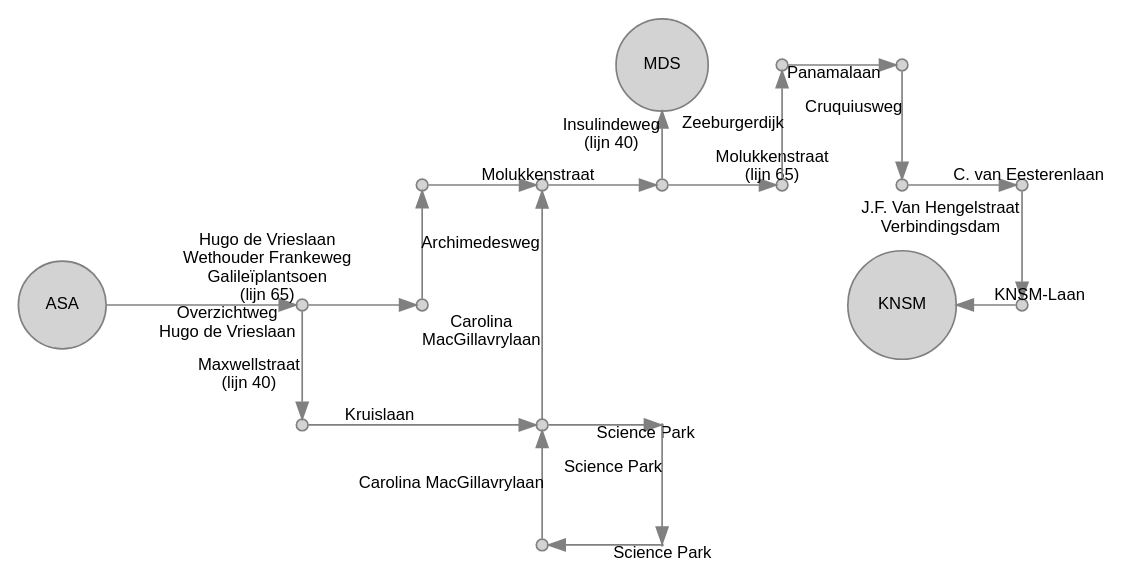
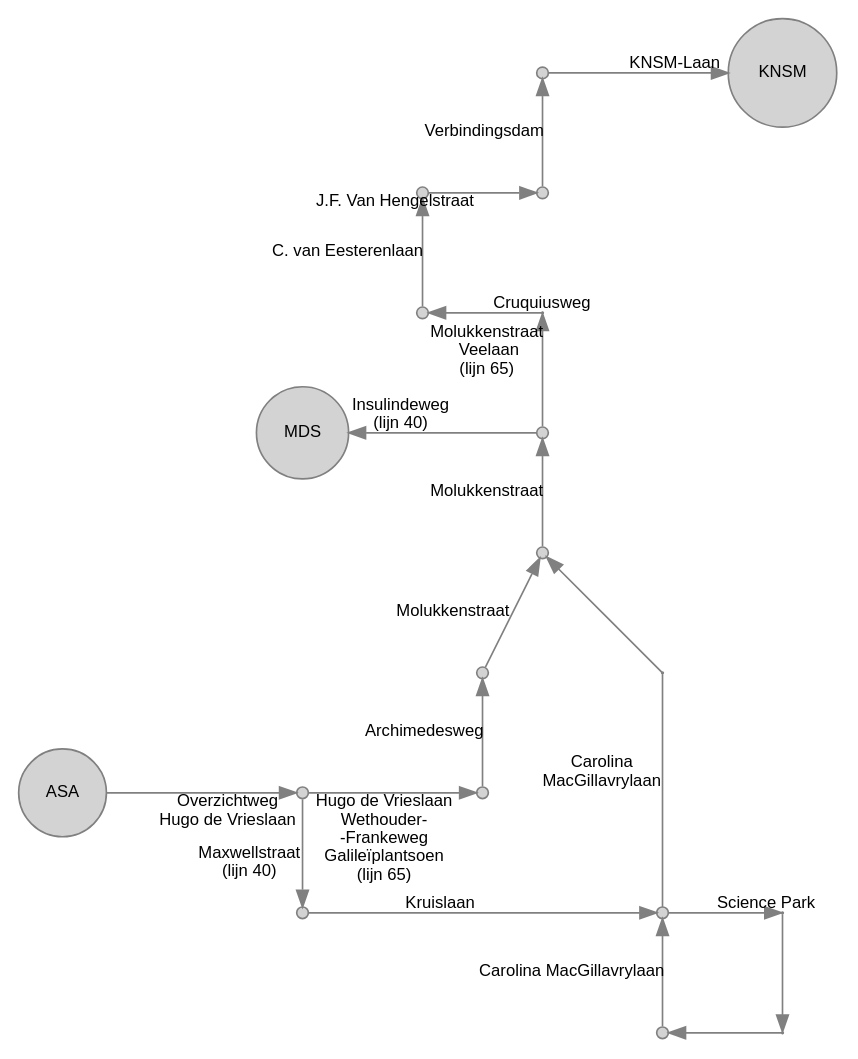
Before and after one commit to JacekPardyak/bus: the diagram in gvb/ASA.gv, drawn with Graphviz. The commit also changed 37 other files, not shown here.

```diff
--- a/gvb/ASA.gv
+++ b/gvb/ASA.gv
@@ -1,58 +1,58 @@
 digraph G {
   layout = neato
   node [shape = circle, style = filled, fillcolor = lightgray, color=gray, height=0.1, label = "", fontsize = 10, fontname = "Arial"]
   edge [color=gray, fontsize = 10, fontname = "Arial"]
 
   4000 [pos = "0, 0!", label = "ASA"]
+  4001 [pos = "5, 1!", height=0.01]
   4002 [pos = "2, 0!"]
   4003 [pos = "2,-1!"]
-  4004 [pos = "4,-1!"]
-  4005 [pos = "5,-1!", height=0.01]
-  4006 [pos = "5,-2!", height=0.01]
-  4007 [pos = "4,-2!"]
-  4008 [pos = "5, 2!", label = "MDS"]
+  4004 [pos = " 5,-1!"]
+  4005 [pos = " 6,-1!", height=0.01]
+  4006 [pos = " 6,-2!", height=0.01]
+  4007 [pos = " 5,-2!"]
+  4008 [pos = "2, 3!", label = "MDS"]
   
-  6500 [pos = "3, 0!"]
-  6501 [pos = "3, 1!"]
-  6502 [pos = "4, 1!"]
-  6503 [pos = "5, 1!"]
-  6504 [pos = "6, 1!"]
-  6505 [pos = "6, 2!"]
-  6506 [pos = "7, 2!"]
-  6507 [pos = "7, 1!"]
-  6508 [pos = "8, 1!"]
-  6509 [pos = "8, 0!"]
-  6510 [pos = "7, 0!", label = "KNSM"]
+  6500 [pos = "3.5, 0!"]
+  6501 [pos = "3.5, 1!"]
+  6502 [pos = "4, 2!"]
+  6503 [pos = "4, 3!"]
+  6505 [pos = "4, 4!", height=0.01]
+  6506 [pos = "4, 6!"]
+  6507 [pos = "3, 4!"]
+  6508 [pos = "3, 5!"]
+  6509 [pos = "4, 5!"]
+  6510 [pos = "6, 6!", label = "KNSM"]
 
   4000 -> 4002 [label = "Overzichtweg 
  Hugo de Vrieslaan"]
   4002 -> 6500 [label = "Hugo de Vrieslaan 
- Wethouder Frankeweg 
+ Wethouder-
+ -Frankeweg 
  Galileïplantsoen 
  (lijn 65)"]
   
   4002 -> 4003 [label = "Maxwellstraat 
  (lijn 40)"]
   4003 -> 4004 [label = "Kruislaan"]
   4004 -> 4005 [label = "Science Park"]
-  4005 -> 4006 [label = "Science Park"]
-  4006 -> 4007 [label = "Science Park"]
+  4005 -> 4006 [label = ""]
+  4006 -> 4007 [label = ""]
   4007 -> 4004 [label = "Carolina MacGillavrylaan"]
-  4004 -> 6502 [label = "Carolina 
- MacGillavrylaan"]
-  
+  4004 -> 4001 [label = "Carolina 
+ MacGillavrylaan", dir = none]
+  4001 -> 6502 [label = ""]
   6500 -> 6501 [label = "Archimedesweg"]
-  6501 -> 6502 [label = ""]
+  6501 -> 6502 [label = "Molukkenstraat"]
   6502 -> 6503 [label = "Molukkenstraat"]
-  6503 -> 6504 [label = "Molukkenstraat 
+  6503 -> 6505 [label = "Molukkenstraat
+  Veelaan
  (lijn 65)"]
-  6504 -> 6505 [label = "Zeeburgerdijk"]
-  6505 -> 6506 [label = "Panamalaan"]
-  6506 -> 6507 [label = "Cruquiusweg"]
+  6505 -> 6507 [label = "Cruquiusweg"]
   6507 -> 6508 [label = "C. van Eesterenlaan"]
-  6508 -> 6509 [label = "J.F. Van Hengelstraat 
- Verbindingsdam"]
-  6509 -> 6510 [label = "KNSM-Laan"]
+  6508 -> 6509 [label = "J.F. Van Hengelstraat"]
+  6509 -> 6506 [label = "Verbindingsdam"]
+  6506 -> 6510 [label = "KNSM-Laan"]
   6503 -> 4008 [label = "Insulindeweg 
  (lijn 40)"]
 }
```
